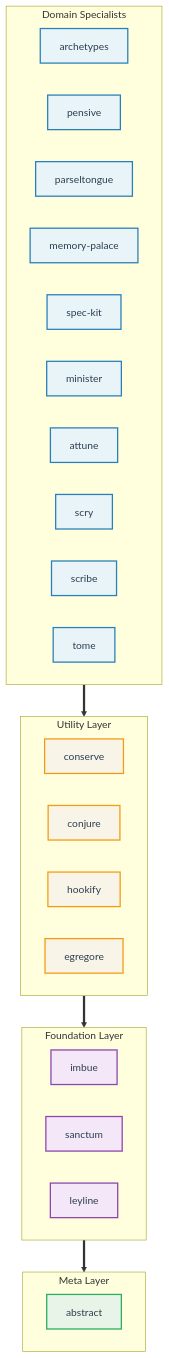
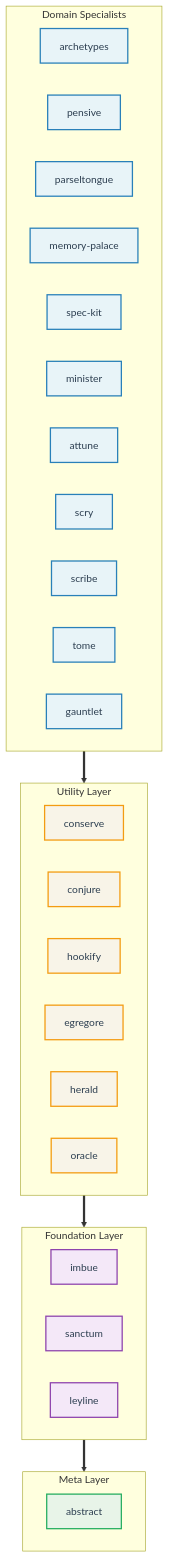
Before and after one commit to athola/claude-night-market: the diagram in README.md, drawn with Mermaid. The commit also changed other lines of this file and 147 other files, not shown here.

First line of the commit message:
fix(gauntlet,oracle): address PR #358 review findings

````diff
--- a/README.md
+++ b/README.md
@@ -73,43 +74,46 @@
 ```mermaid
 flowchart TB
     classDef domainClass fill:#e8f4f8,stroke:#2980b9,stroke-width:2px,color:#2c3e50
     classDef utilityClass fill:#f8f4e8,stroke:#f39c12,stroke-width:2px,color:#2c3e50
     classDef foundationClass fill:#f4e8f8,stroke:#8e44ad,stroke-width:2px,color:#2c3e50
     classDef metaClass fill:#e8f4e8,stroke:#27ae60,stroke-width:2px,color:#2c3e50
 
     subgraph Domain["Domain Specialists"]
         direction LR
         D1[archetypes]:::domainClass
         D2[pensive]:::domainClass
         D3[parseltongue]:::domainClass
         D4[memory-palace]:::domainClass
         D5[spec-kit]:::domainClass
         D6[minister]:::domainClass
         D7[attune]:::domainClass
         D8[scry]:::domainClass
         D9[scribe]:::domainClass
         D10[tome]:::domainClass
+        D11[gauntlet]:::domainClass
     end
 
     subgraph Utility["Utility Layer"]
         direction LR
         U1[conserve]:::utilityClass
         U2[conjure]:::utilityClass
         U3[hookify]:::utilityClass
         U4[egregore]:::utilityClass
+        U5[herald]:::utilityClass
+        U6[oracle]:::utilityClass
     end
 
     subgraph Foundation["Foundation Layer"]
         direction LR
         F1[imbue]:::foundationClass
         F2[sanctum]:::foundationClass
         F3[leyline]:::foundationClass
     end
 
     subgraph Meta["Meta Layer"]
         direction LR
         M1[abstract]:::metaClass
     end
 
     Domain ==> Utility ==> Foundation ==> Meta
 ```
````
